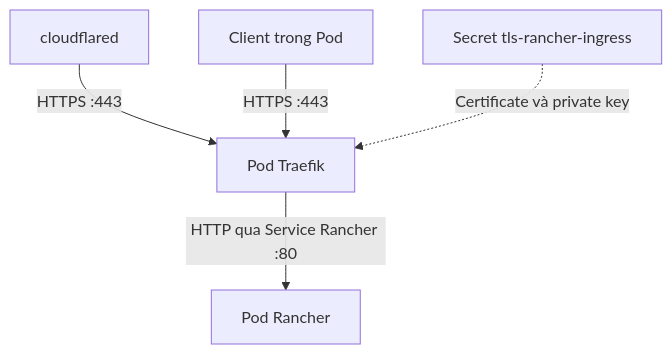
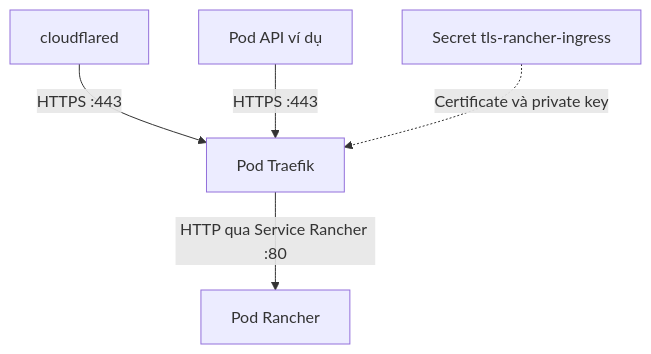
The second of 10 diagrams in cloudflare-rancher-docs/setup-rancher.md (hieupham259/ansible_playbook_k8s-installation), drawn with Mermaid before and after one commit. The commit also changed other lines of this file, not shown here.

Commit message:
docs: distinguish Rancher agent scenarios and hypothetical API clients

````diff
--- a/cloudflare-rancher-docs/setup-rancher.md
+++ b/cloudflare-rancher-docs/setup-rancher.md
@@ -170,7 +170,7 @@
    ```mermaid
    flowchart TB
        C["cloudflared"] -->|"HTTPS :443"| T["Pod Traefik"]
-       P["Client trong Pod"] -->|"HTTPS :443"| T
+       P["Pod API ví dụ"] -->|"HTTPS :443"| T
        S["Secret tls-rancher-ingress"] -.->|"Certificate và private key"| T
        T -->|"HTTP qua Service Rancher :80"| R["Pod Rancher"]
    ```
````
